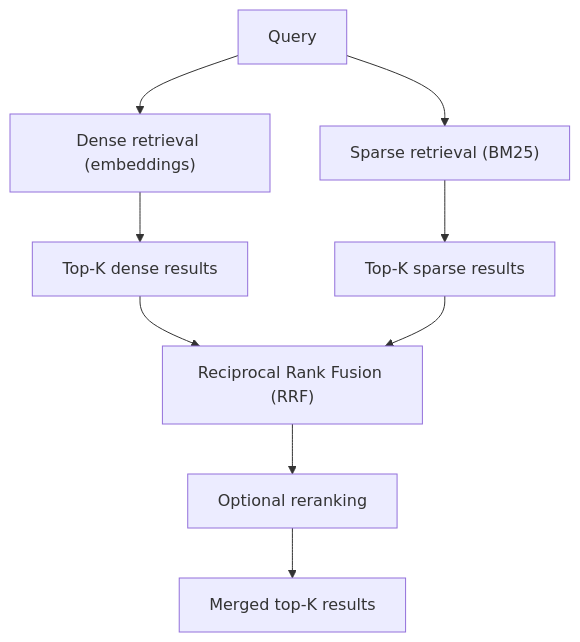
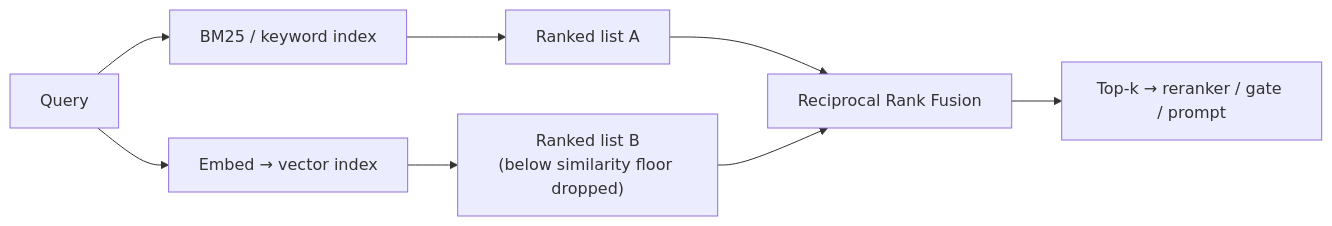
Before and after one commit to PrajwalAmte/AI-Engineering-Patterns: the diagram in content/patterns/retrieval-and-memory/hybrid-search.md, drawn with Mermaid. The commit also changed other lines of this file and 190 other files, not shown here.

```diff
--- a/content/patterns/retrieval-and-memory/hybrid-search.md
+++ b/content/patterns/retrieval-and-memory/hybrid-search.md
@@ -35,11 +37,9 @@
 <pre class="mermaid">
-flowchart TD
-    A["Query"] --> B["Dense retrieval (embeddings)"]
-    A --> C["Sparse retrieval (BM25)"]
-    B --> D["Top-K dense results"]
-    C --> E["Top-K sparse results"]
-    D --> F["Reciprocal Rank Fusion (RRF)"]
-    E --> F
-    F --> G["Optional reranking"]
-    G --> H["Merged top-K results"]
+flowchart LR
+    Q["Query"] --> S["BM25 / keyword index"]
+    Q --> D["Embed → vector index"]
+    S --> SR["Ranked list A"]
+    D --> DR["Ranked list B<br/>(below similarity floor dropped)"]
+    SR & DR --> F["Reciprocal Rank Fusion"]
+    F --> T["Top-k → reranker / gate / prompt"]
 </pre>
```
